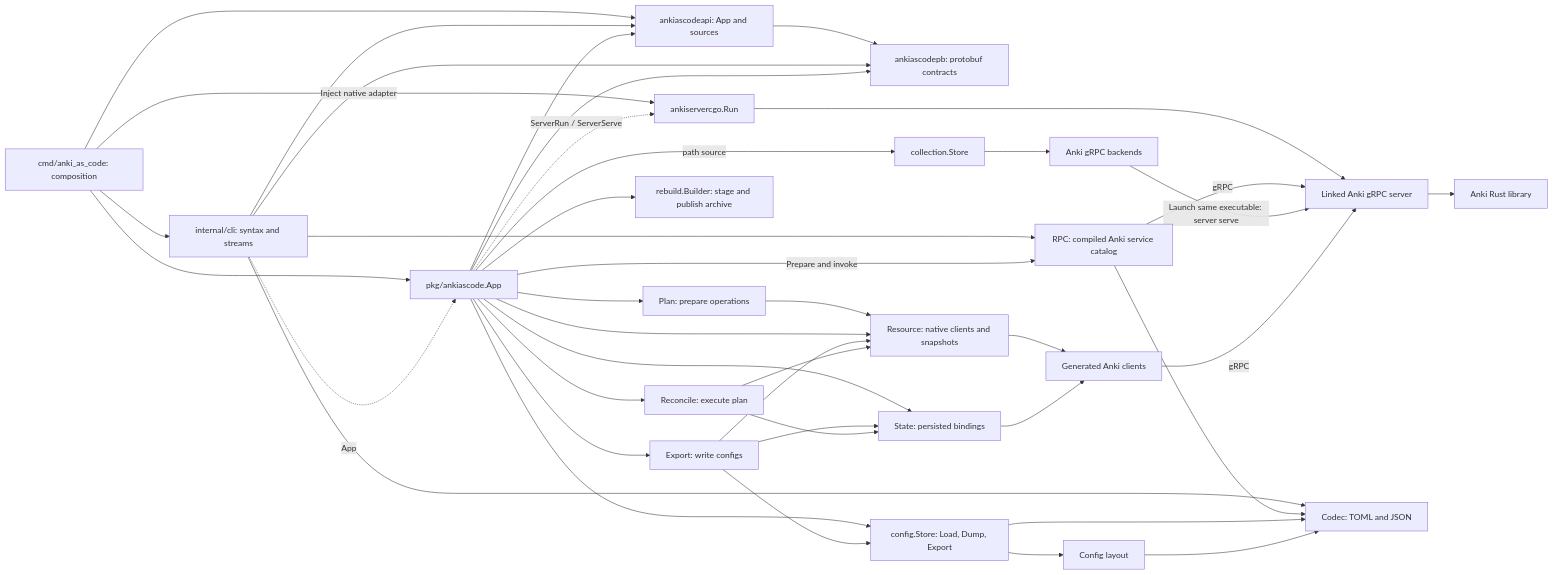
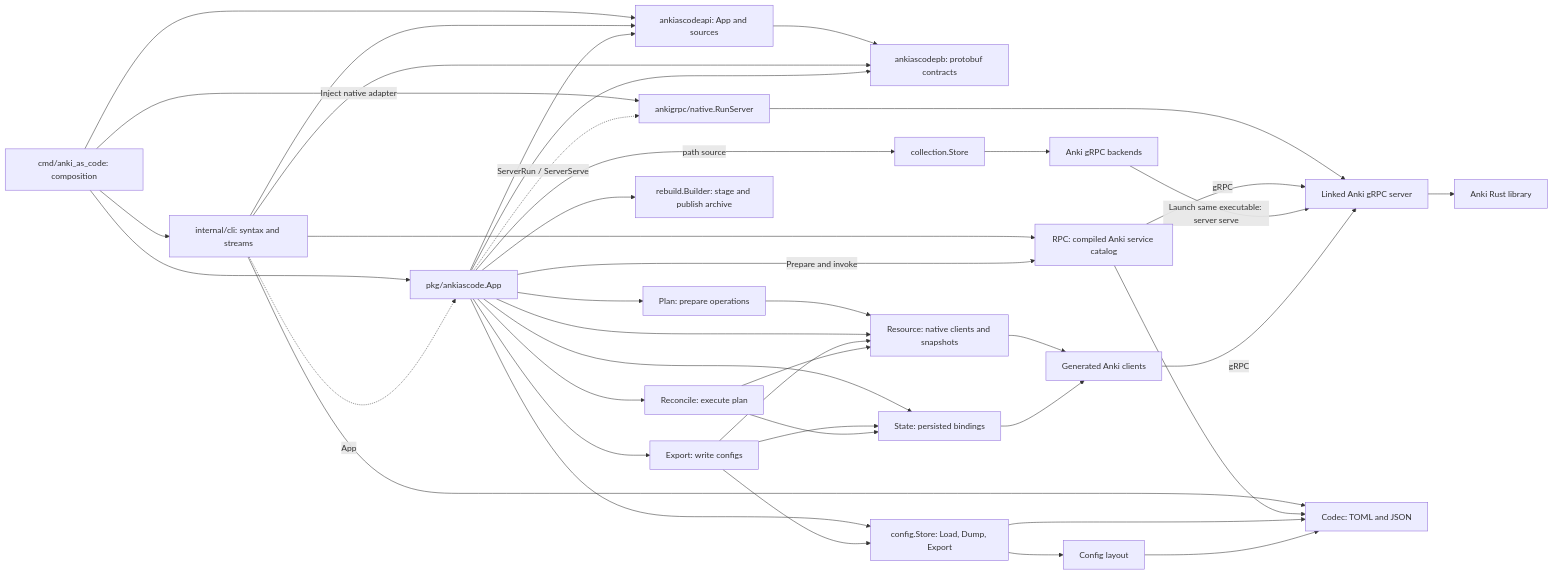
One commit to alwaldend/src changed the diagram in projects/anki_as_code/docs/package-dependencies.mmd. Above: the diagram before and after it, drawn with Mermaid. The commit also changed 58 other files, not shown here.

```diff
--- a/projects/anki_as_code/docs/package-dependencies.mmd
+++ b/projects/anki_as_code/docs/package-dependencies.mmd
@@ -1,41 +1,41 @@
 flowchart LR
     entry[cmd/anki_as_code: composition] --> cli[internal/cli: syntax and streams]
     entry --> app[pkg/ankiascode.App]
     cli -. App .-> app
     entry --> api[ankiascodeapi: App and sources]
     cli --> api
     app --> api
     api --> schema
     cli --> schema[ankiascodepb: protobuf contracts]
     app --> schema
-    entry -->|Inject native adapter| host[ankiservercgo.Run]
+    entry -->|Inject native adapter| host[ankigrpc/native.RunServer]
     app -. ServerRun / ServerServe .-> host
     host --> server[Linked Anki gRPC server]
     app -->|path source| collections[collection.Store]
     app --> export[Export: write configs]
     app --> planning[Plan: prepare operations]
     app --> reconcile[Reconcile: execute plan]
     app --> builder[rebuild.Builder: stage and publish archive]
     planning --> resource
     app --> config[config.Store: Load, Dump, Export]
     app --> state[State: persisted bindings]
     cli --> codec[Codec: TOML and JSON]
     cli --> rpc[RPC: compiled Anki service catalog]
     rpc --> codec
     app -->|Prepare and invoke| rpc
     rpc -->|gRPC| server
     app --> resource[Resource: native clients and snapshots]
     export --> resource
     resource --> services[Generated Anki clients]
     export --> state
     export --> config
     config --> layout[Config layout]
     config --> codec
     layout --> codec
     reconcile --> state
     reconcile --> resource
     state --> services
     collections --> backend[Anki gRPC backends]
     backend -->|Launch same executable: server serve| server
     services -->|gRPC| server
     server --> native[Anki Rust library]
```
